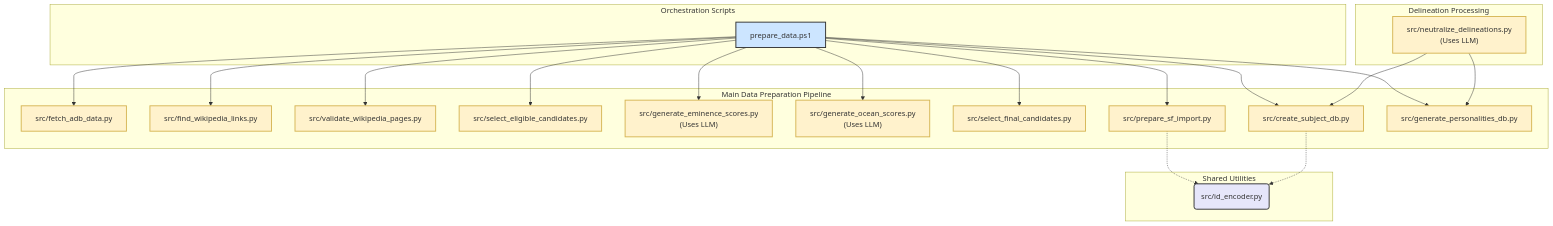
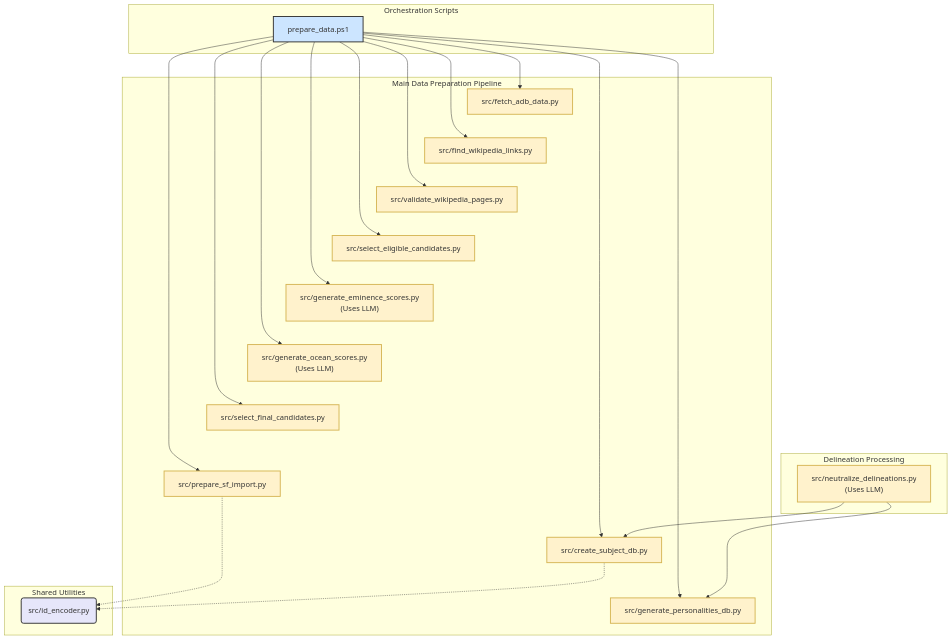
One commit to peterjmarko/llm-narrative-framework changed the diagram in docs/diagrams/arch_prep_codebase.mmd. Above: the diagram before and after it, drawn with Mermaid. The commit also changed 7 other files, not shown here.

First line of the commit message:
docs(data-prep): restructure and enhance data prep diagrams

```diff
--- a/docs/diagrams/arch_prep_codebase.mmd
+++ b/docs/diagrams/arch_prep_codebase.mmd
@@ -1,51 +1,54 @@
 graph TD
     classDef scriptStyle fill:#fff2cc,stroke:#d6b656,stroke-width:2px
     classDef utilStyle fill:#e6e6fa,stroke:#333,stroke-width:2px
     classDef orchestratorStyle fill:#cce5ff,stroke:#333,stroke-width:2px
 
     subgraph "Orchestration Scripts"
         P[prepare_data.ps1]
     end
 
     subgraph "Main Data Preparation Pipeline"
         A[src/fetch_adb_data.py]
         B[src/find_wikipedia_links.py]
         B2[src/validate_wikipedia_pages.py]
         C[src/select_eligible_candidates.py]
         D["src/generate_eminence_scores.py<br/>(Uses LLM)"]
         E["src/generate_ocean_scores.py<br/>(Uses LLM)"]
         F[src/select_final_candidates.py]
         G[src/prepare_sf_import.py]
         H[src/create_subject_db.py]
         I[src/generate_personalities_db.py]
     end
     
     P --> A
     P --> B
     P --> B2
     P --> C
     P --> D
     P --> E
     P --> F
     P --> G
     P --> H
     P --> I
+
+    %% Invisible links to force vertical stacking
+    A ~~~ B ~~~ B2 ~~~ C ~~~ D ~~~ E ~~~ F ~~~ G ~~~ H ~~~ I
     
     subgraph Delineation Processing
         J["src/neutralize_delineations.py<br/>(Uses LLM)"]
     end
 
     J --> I
     J --> H
 
     subgraph Shared Utilities
         K(src/id_encoder.py)
     end
 
     G -.-> K
     H -.-> K
 
     %% Apply Styles
     class P orchestratorStyle
     class A,B,B2,C,D,E,F,G,H,I,J scriptStyle
     class K utilStyle
```
